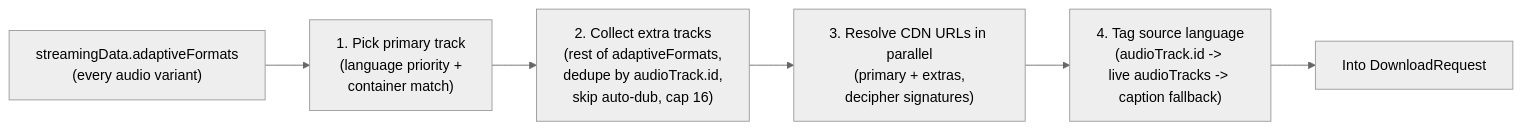
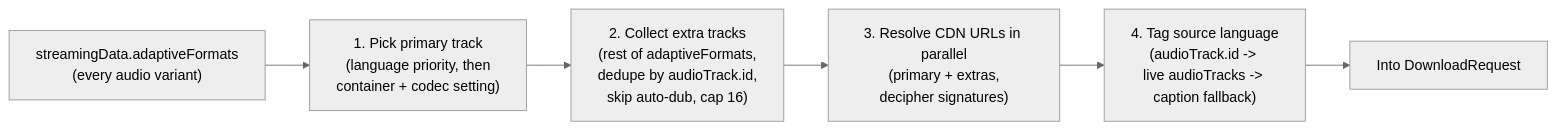
The fifth of 7 diagrams in ARCHITECTURE.md (avi12/youtube-downloader), drawn with Mermaid (neutral theme) before and after one commit. The commit also changed other lines of this file, not shown here.

Commit message:
docs(architecture): describe codec, container and quality selection

````diff
--- a/ARCHITECTURE.md
+++ b/ARCHITECTURE.md
@@ -268,9 +311,9 @@
 ```mermaid
 flowchart LR
   AF["streamingData.adaptiveFormats<br/>(every audio variant)"]
-  AF --> Primary["1. Pick primary track<br/>(language priority +<br/>container match)"]
+  AF --> Primary["1. Pick primary track<br/>(language priority, then<br/>container + codec setting)"]
   Primary --> Extras["2. Collect extra tracks<br/>(rest of adaptiveFormats,<br/>dedupe by audioTrack.id,<br/>skip auto-dub, cap 16)"]
   Extras --> Resolve["3. Resolve CDN URLs in parallel<br/>(primary + extras,<br/>decipher signatures)"]
   Resolve --> Lang["4. Tag source language<br/>(audioTrack.id ->&nbsp;<br/>live audioTracks ->&nbsp;<br/>caption fallback)"]
   Lang --> Pack["Into DownloadRequest"]
 ```
````
